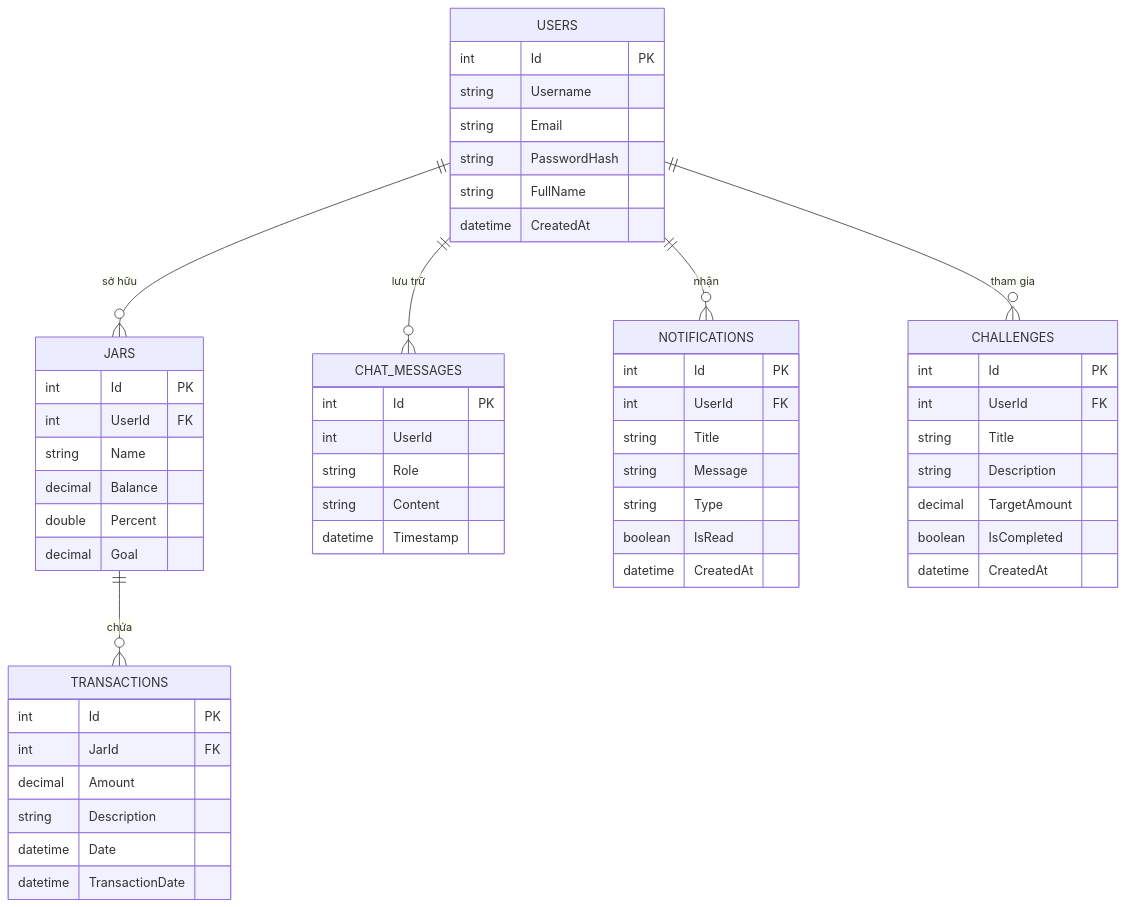
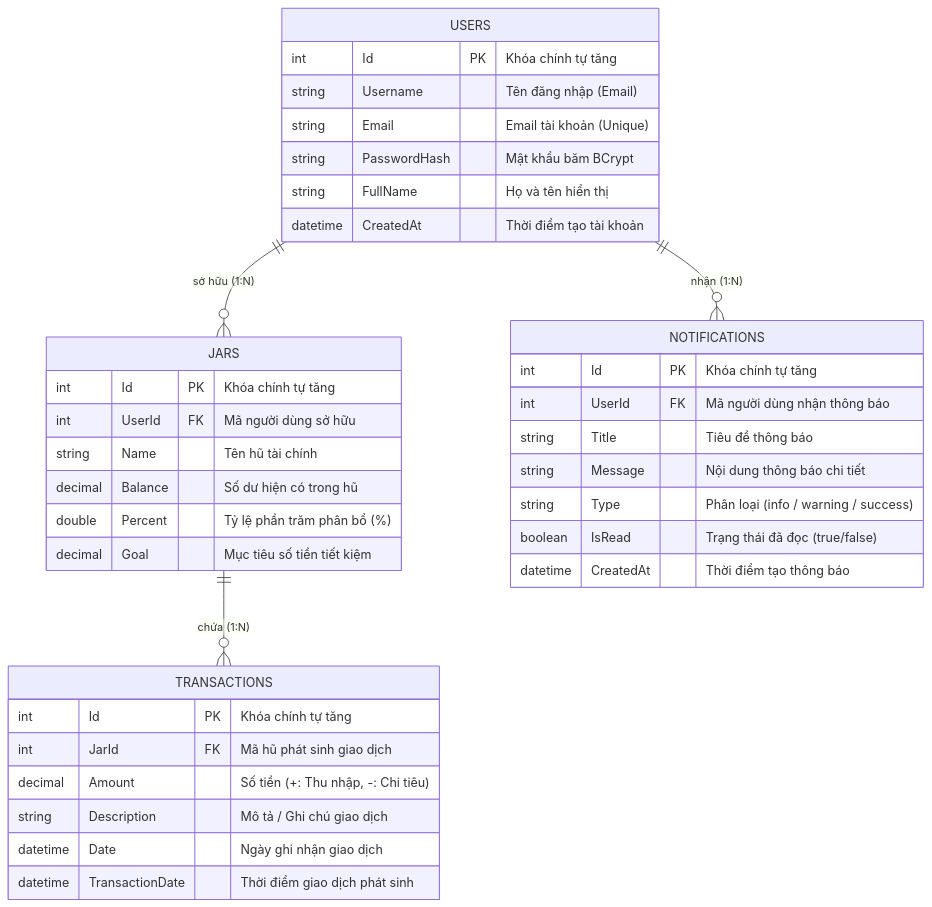
One commit to ThaoChie/PersonalFintech changed the second of 2 diagrams in SYSTEM_SPECIFICATION.md. Above: the diagram before and after it, drawn with Mermaid. The commit also changed other lines of this file and 2 other files, not shown here.

````diff
--- a/SYSTEM_SPECIFICATION.md
+++ b/SYSTEM_SPECIFICATION.md
@@ -76,63 +84,43 @@
 ```mermaid
 erDiagram
-    USERS ||--o{ JARS : "sở hữu"
-    USERS ||--o{ CHAT_MESSAGES : "lưu trữ"
-    USERS ||--o{ NOTIFICATIONS : "nhận"
-    USERS ||--o{ CHALLENGES : "tham gia"
-    JARS ||--o{ TRANSACTIONS : "chứa"
+    USERS ||--o{ JARS : "sở hữu (1:N)"
+    USERS ||--o{ NOTIFICATIONS : "nhận (1:N)"
+    JARS ||--o{ TRANSACTIONS : "chứa (1:N)"
 
     USERS {
-        int Id PK
-        string Username
-        string Email
-        string PasswordHash
-        string FullName
-        datetime CreatedAt
+        int Id PK "Khóa chính tự tăng"
+        string Username "Tên đăng nhập (Email)"
+        string Email "Email tài khoản (Unique)"
+        string PasswordHash "Mật khẩu băm BCrypt"
+        string FullName "Họ và tên hiển thị"
+        datetime CreatedAt "Thời điểm tạo tài khoản"
     }
 
     JARS {
-        int Id PK
-        int UserId FK
-        string Name
-        decimal Balance
-        double Percent
-        decimal Goal
+        int Id PK "Khóa chính tự tăng"
+        int UserId FK "Mã người dùng sở hữu"
+        string Name "Tên hũ tài chính"
+        decimal Balance "Số dư hiện có trong hũ"
+        double Percent "Tỷ lệ phần trăm phân bổ (%)"
+        decimal Goal "Mục tiêu số tiền tiết kiệm"
     }
 
     TRANSACTIONS {
-        int Id PK
-        int JarId FK
-        decimal Amount
-        string Description
-        datetime Date
-        datetime TransactionDate
-    }
-
-    CHAT_MESSAGES {
-        int Id PK
-        int UserId
-        string Role
-        string Content
-        datetime Timestamp
+        int Id PK "Khóa chính tự tăng"
+        int JarId FK "Mã hũ phát sinh giao dịch"
+        decimal Amount "Số tiền (+: Thu nhập, -: Chi tiêu)"
+        string Description "Mô tả / Ghi chú giao dịch"
+        datetime Date "Ngày ghi nhận giao dịch"
+        datetime TransactionDate "Thời điểm giao dịch phát sinh"
     }
 
     NOTIFICATIONS {
-        int Id PK
-        int UserId FK
-        string Title
-        string Message
-        string Type
-        boolean IsRead
-        datetime CreatedAt
-    }
-
-    CHALLENGES {
-        int Id PK
-        int UserId FK
-        string Title
-        string Description
-        decimal TargetAmount
-        boolean IsCompleted
-        datetime CreatedAt
+        int Id PK "Khóa chính tự tăng"
+        int UserId FK "Mã người dùng nhận thông báo"
+        string Title "Tiêu đề thông báo"
+        string Message "Nội dung thông báo chi tiết"
+        string Type "Phân loại (info / warning / success)"
+        boolean IsRead "Trạng thái đã đọc (true/false)"
+        datetime CreatedAt "Thời điểm tạo thông báo"
     }
 ```
````
